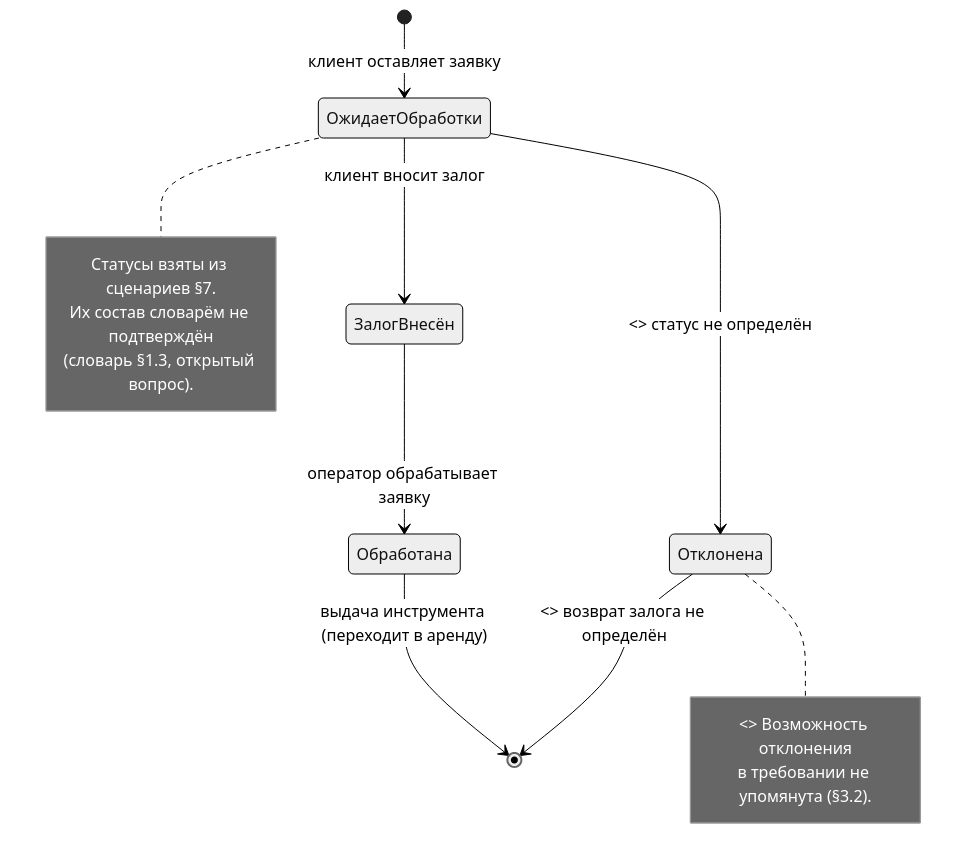
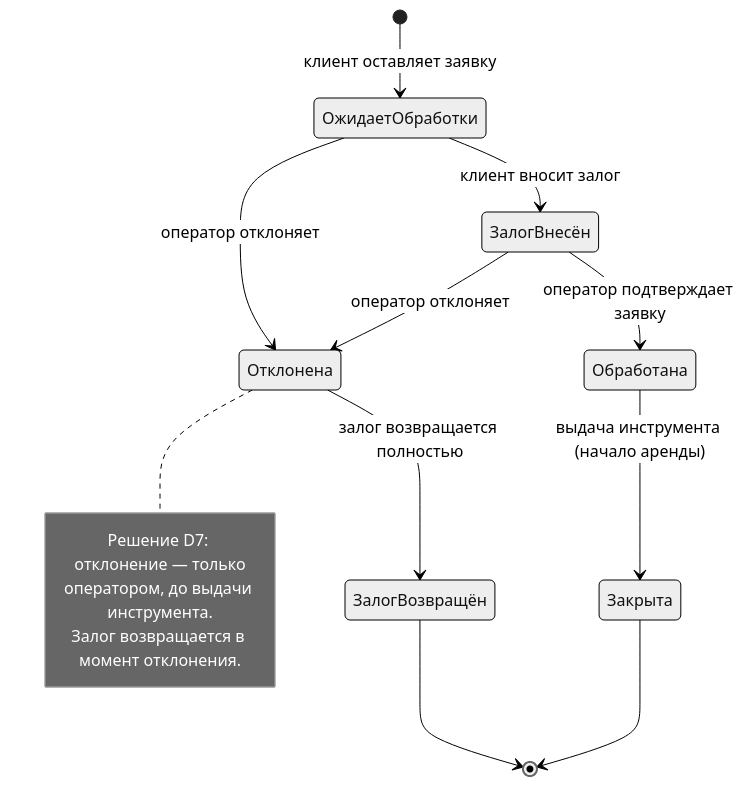
Before and after one commit to Kembi0736/rent_oop: the second of 4 diagrams in specification/diagrams.md, drawn with Mermaid (neutral theme). The commit also changed other lines of this file, not shown here.

Commit message:
Закрыть все <<open>> в диаграммах решениями D1-D14

````diff
--- a/specification/diagrams.md
+++ b/specification/diagrams.md
@@ -106,24 +111,23 @@
 ```mermaid
 stateDiagram-v2
     [*] --> ОжидаетОбработки : клиент оставляет заявку
 
     ОжидаетОбработки --> ЗалогВнесён : клиент вносит залог
-    ОжидаетОбработки --> Отклонена : <<open>> статус не определён
+    ОжидаетОбработки --> Отклонена : оператор отклоняет
 
-    ЗалогВнесён --> Обработана : оператор обрабатывает заявку
+    ЗалогВнесён --> Обработана : оператор подтверждает заявку
+    ЗалогВнесён --> Отклонена : оператор отклоняет
 
-    Обработана --> [*] : выдача инструмента (переходит в аренду)
+    Обработана --> Закрыта : выдача инструмента (начало аренды)
 
-    Отклонена --> [*] : <<open>> возврат залога не определён
+    Отклонена --> ЗалогВозвращён : залог возвращается полностью
+    ЗалогВозвращён --> [*]
 
-    note right of ОжидаетОбработки
-        Статусы взяты из сценариев §7.
-        Их состав словарём не подтверждён
-        (словарь §1.3, открытый вопрос).
-    end note
+    Закрыта --> [*]
 
     note right of Отклонена
-        <<open>> Возможность отклонения
-        в требовании не упомянута (§3.2).
+        Решение D7: отклонение — только
+        оператором, до выдачи инструмента.
+        Залог возвращается в момент отклонения.
     end note
 ```
````
